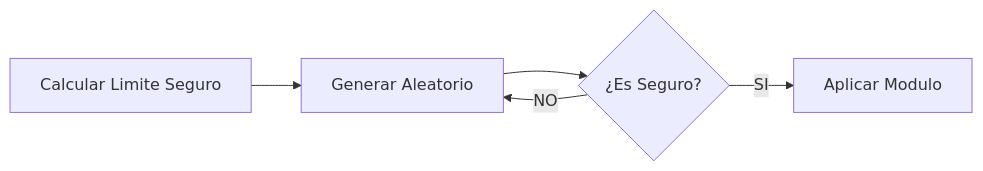
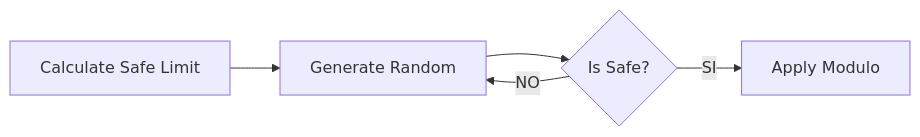
One commit to ELmoliii/blog-tecnology changed the third of 3 diagrams in content/generator-password-en.md. Above: the diagram before and after it, drawn with Mermaid. The commit also changed other lines of this file and 3 other files, not shown here.

````diff
--- a/content/generator-password-en.md
+++ b/content/generator-password-en.md
@@ -89,7 +90,7 @@
 ```mermaid
 graph LR
-    B[Calcular Limite Seguro] --> C[Generar Aleatorio]
-    C --> D{¿Es Seguro?}
-    D -- SI --> E[Aplicar Modulo]
+    B[Calculate Safe Limit] --> C[Generate Random]
+    C --> D{Is Safe?}
+    D -- SI --> E[Apply Modulo]
     D -- NO --> C
 ```
````
